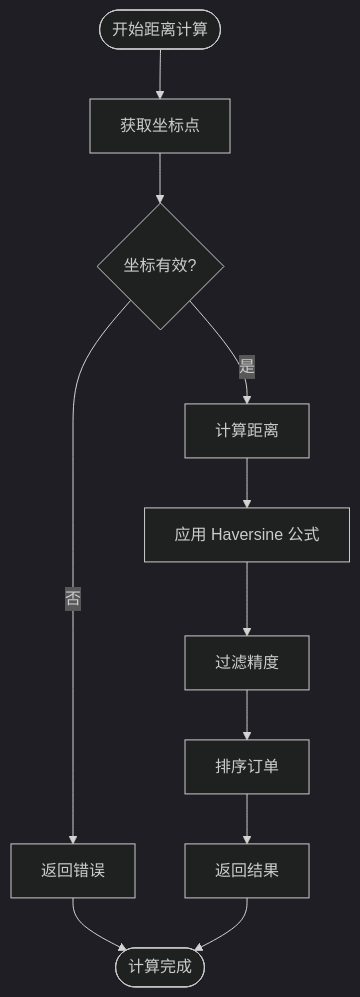
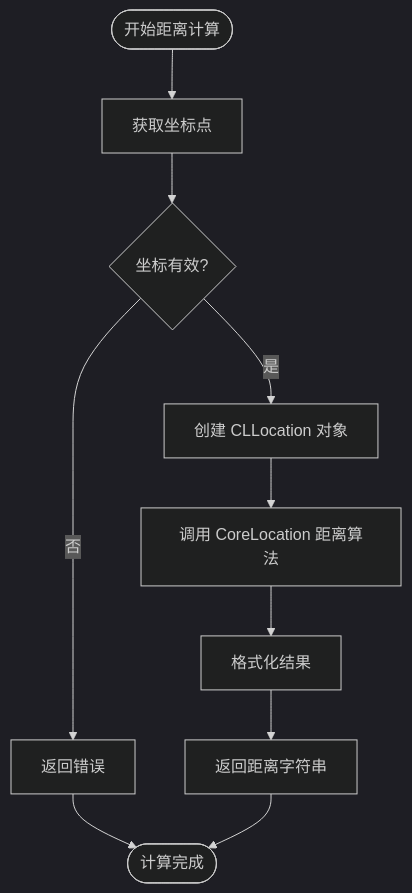
The sixth of 7 diagrams in .qoder/repowiki/zh/content/架构设计/模块化架构设计/Map 地图模块.md (Jayden23018/blind-run-ios), drawn with Mermaid (dark theme) before and after one commit. The commit also changed other lines of this file and 55 other files, not shown here.

````diff
--- a/.qoder/repowiki/zh/content/架构设计/模块化架构设计/Map 地图模块.md
+++ b/.qoder/repowiki/zh/content/架构设计/模块化架构设计/Map 地图模块.md
@@ -291,13 +356,12 @@
 ```mermaid
 flowchart TD
 Start([开始距离计算]) --> GetCoordinates[获取坐标点]
 GetCoordinates --> ValidateCoordinates{坐标有效?}
 ValidateCoordinates --> |否| ReturnError[返回错误]
-ValidateCoordinates --> |是| CalculateDistance[计算距离]
-CalculateDistance --> ApplyFormula[应用 Haversine 公式]
-ApplyFormula --> FilterAccuracy[过滤精度]
-FilterAccuracy --> SortOrders[排序订单]
-SortOrders --> ReturnResults[返回结果]
+ValidateCoordinates --> |是| CreateLocation[创建 CLLocation 对象]
+CreateLocation --> CalculateDistance[调用 CoreLocation 距离算法]
+CalculateDistance --> FormatResult[格式化结果]
+FormatResult --> ReturnResult[返回距离字符串]
 ReturnError --> End([计算完成])
-ReturnResults --> End
+ReturnResult --> End
 ```
````
